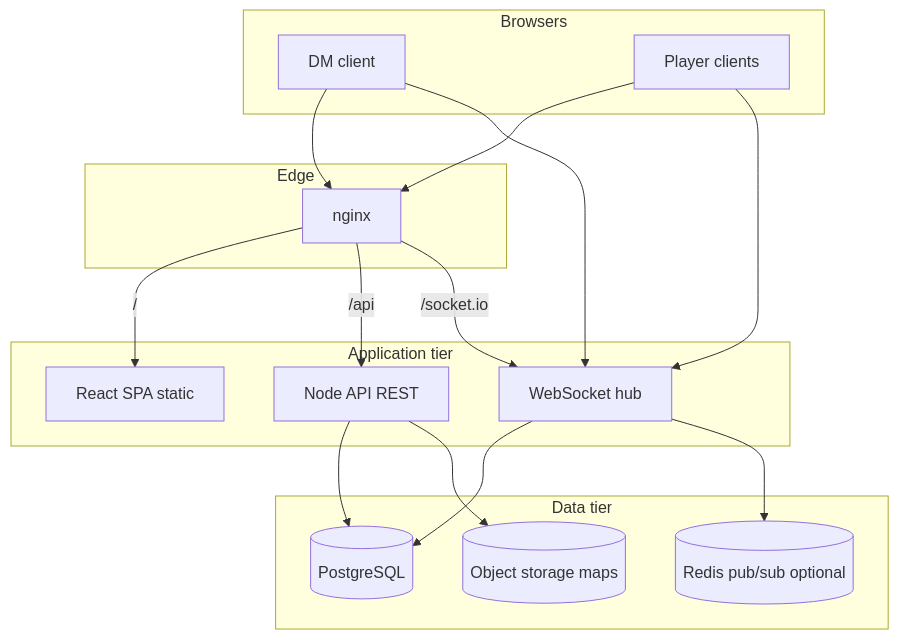
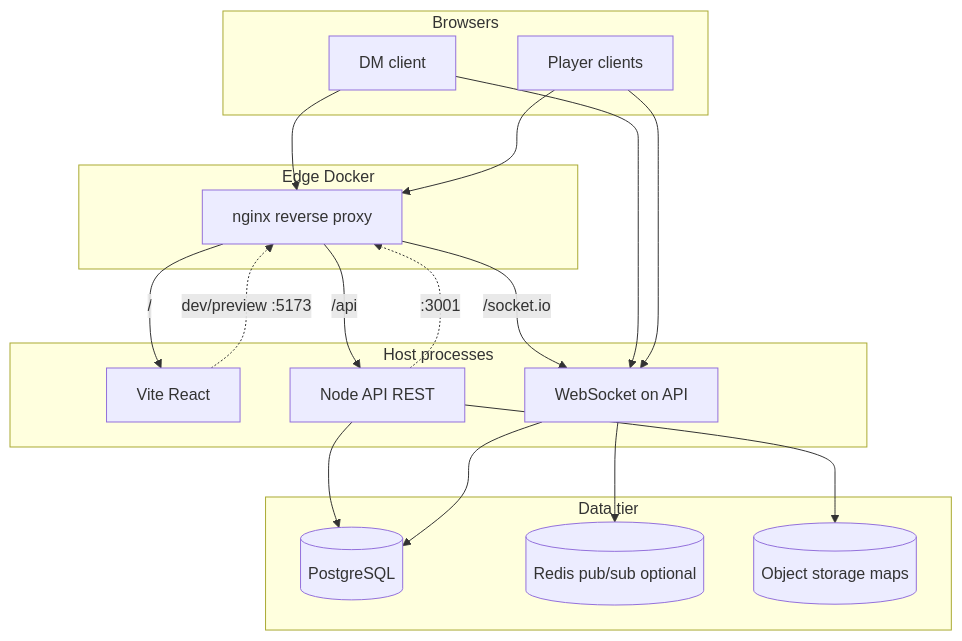
Before and after one commit to htroutmaniv/dcc-web: the diagram in docs/ARCHITECTURE.md, drawn with Mermaid. The commit also changed 27 other files, not shown here.

````diff
--- a/docs/ARCHITECTURE.md
+++ b/docs/ARCHITECTURE.md
@@ -13,35 +13,37 @@
 ```mermaid
 flowchart TB
   subgraph clients [Browsers]
     DM[DM client]
     PL[Player clients]
   end
 
-  subgraph edge [Edge]
-    NGX[nginx]
+  subgraph edge [Edge Docker]
+    NGX[nginx reverse proxy]
   end
 
-  subgraph app [Application tier]
-    WEB[React SPA static]
+  subgraph host [Host processes]
+    WEB[Vite React]
     API[Node API REST]
-    WS[WebSocket hub]
+    WS[WebSocket on API]
   end
 
   subgraph data [Data tier]
     PG[(PostgreSQL)]
     REDIS[(Redis pub/sub optional)]
     S3[(Object storage maps)]
   end
 
   DM --> NGX
   PL --> NGX
   NGX -->|/| WEB
   NGX -->|/api| API
   NGX -->|/socket.io| WS
+  WEB -.->|dev/preview :5173| NGX
+  API -.->|:3001| NGX
   DM --> WS
   PL --> WS
   API --> PG
   API --> S3
   WS --> PG
   WS --> REDIS
 ```
````
